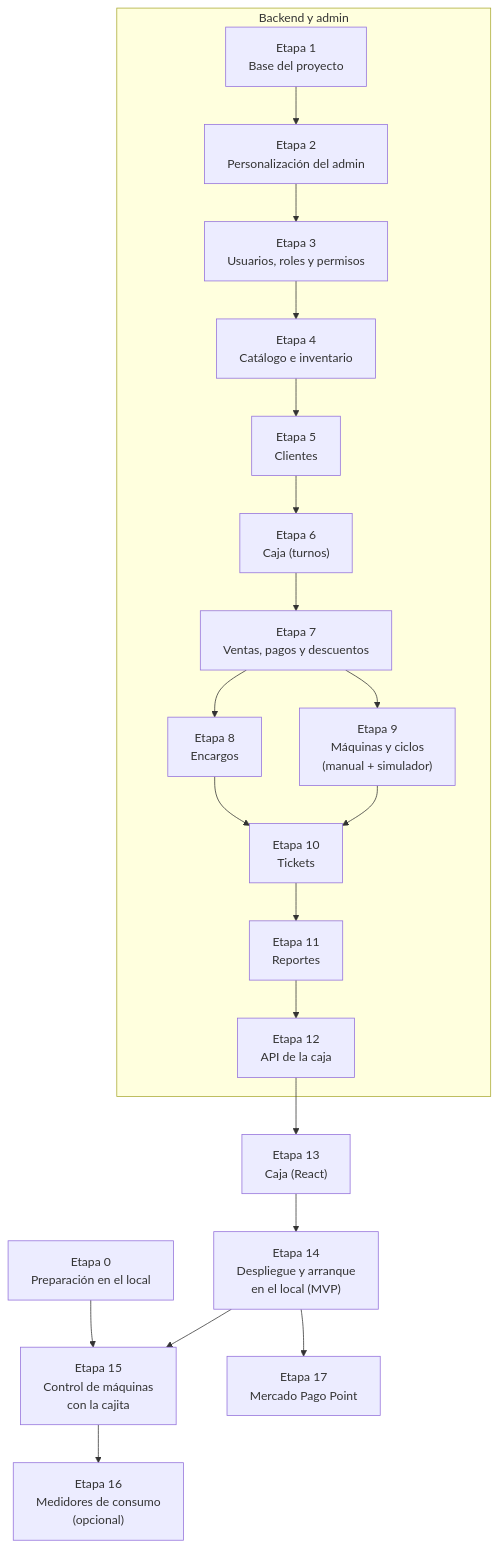
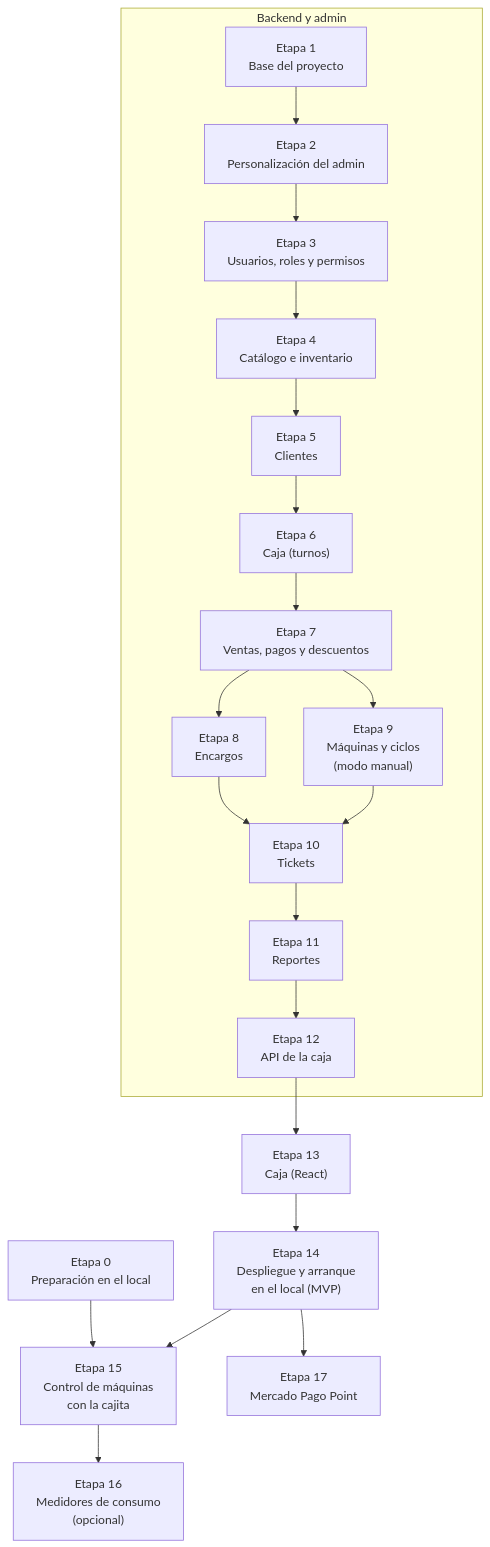
Before and after one commit to atneses/open-laundry: the diagram in plan.md, drawn with Mermaid. The commit also changed other lines of this file and 28 other files, not shown here.

````diff
--- a/plan.md
+++ b/plan.md
@@ -42,36 +42,36 @@
 ```mermaid
 flowchart TD
     E0["Etapa 0<br/>Preparación en el local"] --> E15
     E1["Etapa 1<br/>Base del proyecto"] --> E2["Etapa 2<br/>Personalización del admin"]
     E2 --> E3["Etapa 3<br/>Usuarios, roles y permisos"]
     E3 --> E4["Etapa 4<br/>Catálogo e inventario"]
     E4 --> E5["Etapa 5<br/>Clientes"]
     E5 --> E6["Etapa 6<br/>Caja (turnos)"]
     E6 --> E7["Etapa 7<br/>Ventas, pagos y descuentos"]
     E7 --> E8["Etapa 8<br/>Encargos"]
-    E7 --> E9["Etapa 9<br/>Máquinas y ciclos<br/>(manual + simulador)"]
+    E7 --> E9["Etapa 9<br/>Máquinas y ciclos<br/>(modo manual)"]
     E8 --> E10["Etapa 10<br/>Tickets"]
     E9 --> E10
     E10 --> E11["Etapa 11<br/>Reportes"]
     E11 --> E12["Etapa 12<br/>API de la caja"]
     E12 --> E13["Etapa 13<br/>Caja (React)"]
     E13 --> E14["Etapa 14<br/>Despliegue y arranque<br/>en el local (MVP)"]
     E14 --> E15["Etapa 15<br/>Control de máquinas<br/>con la cajita"]
     E15 --> E16["Etapa 16<br/>Medidores de consumo<br/>(opcional)"]
     E14 --> E17["Etapa 17<br/>Mercado Pago Point"]
 
     subgraph back["Backend y admin"]
         E1
         E2
         E3
         E4
         E5
         E6
         E7
         E8
         E9
         E10
         E11
         E12
     end
 ```
````
